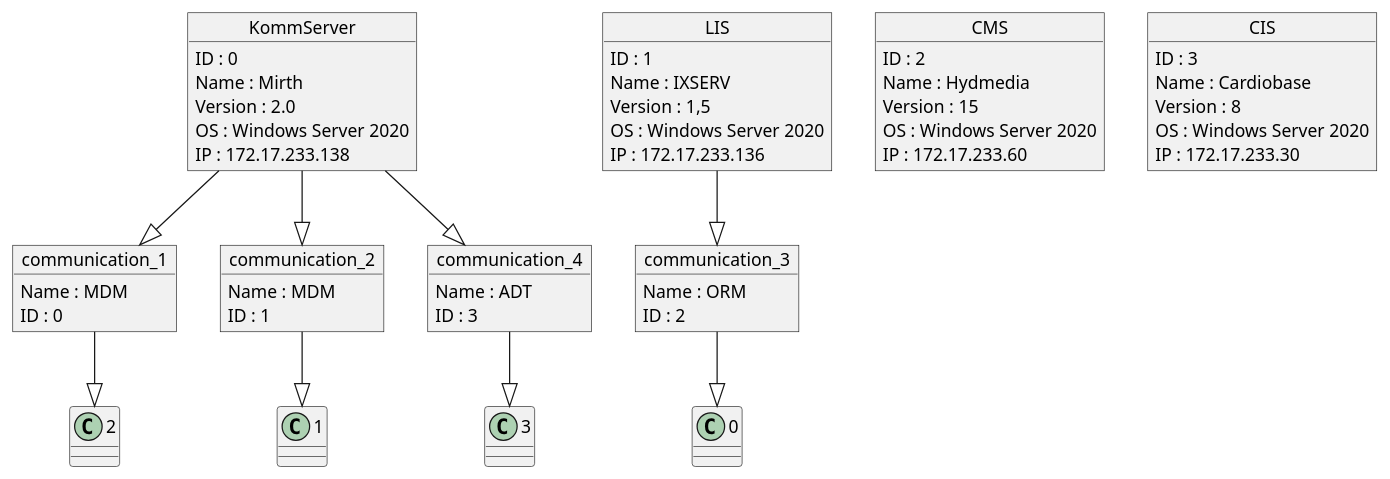
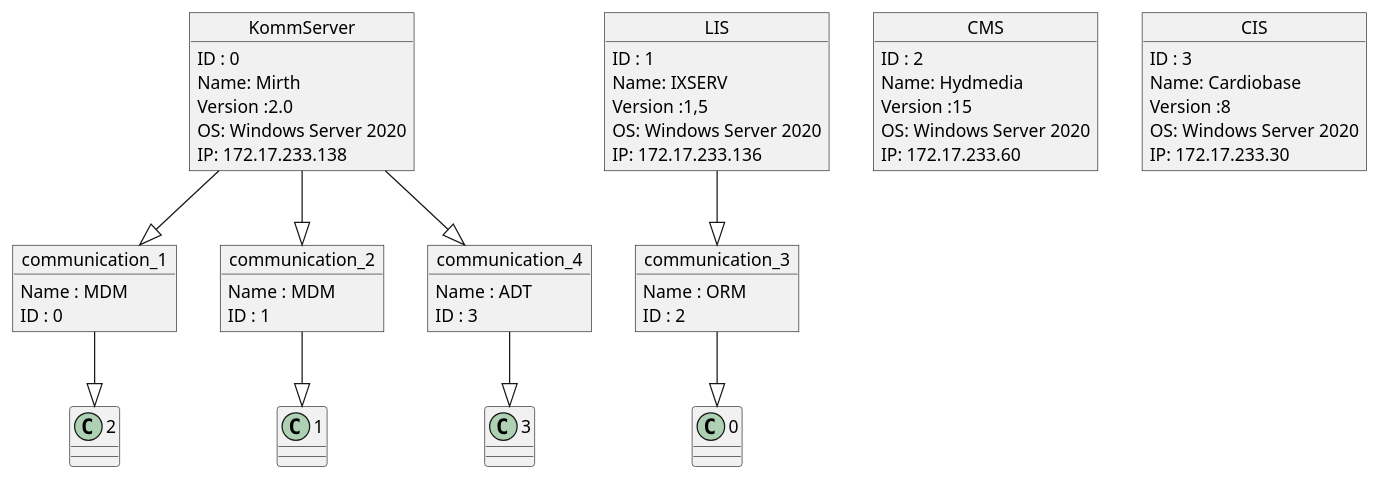
Before and after one commit to VirtualReality1/topologieSpringBoot: the diagram in static/puml/Test.puml, drawn with PlantUML. The commit also changed 11 other files, not shown here.

```diff
--- a/static/puml/Test.puml
+++ b/static/puml/Test.puml
@@ -1,46 +1,46 @@
 @startuml
 object KommServer
 object communication_1
 communication_1 : Name : MDM
 communication_1 : ID : 0
 object communication_2
 communication_2 : Name : MDM
 communication_2 : ID : 1
 object communication_4
 communication_4 : Name : ADT
 communication_4 : ID : 3
 KommServer --|> communication_1
 communication_1 --|> 2
 KommServer --|> communication_2
 communication_2 --|> 1
 KommServer --|> communication_4
 communication_4 --|> 3
 KommServer : ID : 0
-KommServer : Name : Mirth
-KommServer : Version : 2.0
-KommServer : OS : Windows Server 2020
-KommServer : IP : 172.17.233.138
+KommServer : Name: Mirth
+KommServer : Version :2.0
+KommServer : OS: Windows Server 2020
+KommServer : IP: 172.17.233.138
 object LIS
 object communication_3
 communication_3 : Name : ORM
 communication_3 : ID : 2
 LIS --|> communication_3
 communication_3 --|> 0
 LIS : ID : 1
-LIS : Name : IXSERV
-LIS : Version : 1,5
-LIS : OS : Windows Server 2020
-LIS : IP : 172.17.233.136
+LIS : Name: IXSERV
+LIS : Version :1,5
+LIS : OS: Windows Server 2020
+LIS : IP: 172.17.233.136
 object CMS
 CMS : ID : 2
-CMS : Name : Hydmedia
-CMS : Version : 15
-CMS : OS : Windows Server 2020
-CMS : IP : 172.17.233.60
+CMS : Name: Hydmedia
+CMS : Version :15
+CMS : OS: Windows Server 2020
+CMS : IP: 172.17.233.60
 object CIS
 CIS : ID : 3
-CIS : Name : Cardiobase
-CIS : Version : 8
-CIS : OS : Windows Server 2020
-CIS : IP : 172.17.233.30
+CIS : Name: Cardiobase
+CIS : Version :8
+CIS : OS: Windows Server 2020
+CIS : IP: 172.17.233.30
 @enduml
```
